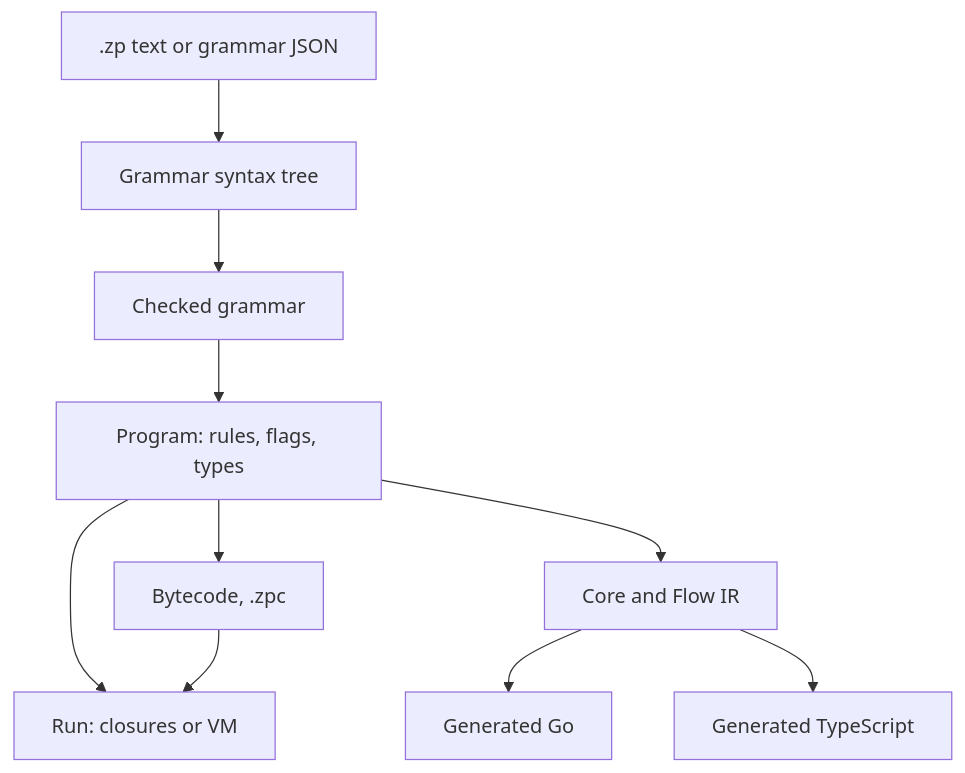
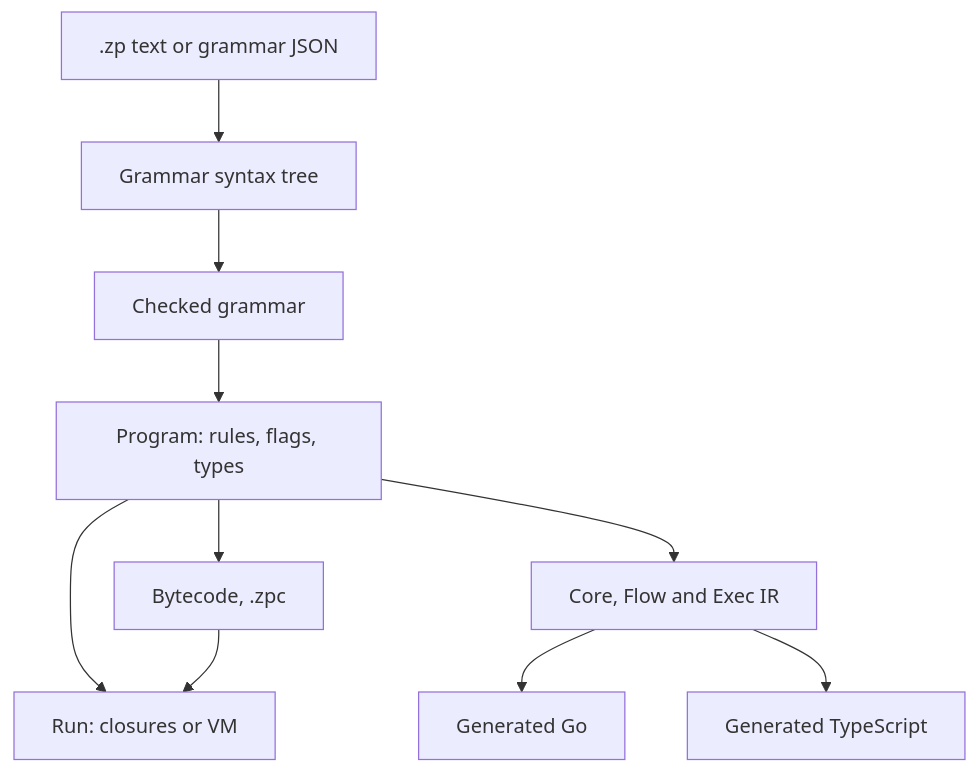
The first of 2 diagrams in docs/design/architecture.md (zeroparse/zp), drawn with Mermaid before and after one commit. The commit also changed other lines of this file and 3 other files, not shown here.

````diff
--- a/docs/design/architecture.md
+++ b/docs/design/architecture.md
@@ -15,12 +15,12 @@
 ```mermaid
 flowchart TD
   src[".zp text or grammar JSON"] --> ast["Grammar syntax tree"]
   ast --> chk["Checked grammar"]
   chk --> prog["Program: rules, flags, types"]
   prog --> run["Run: closures or VM"]
-  prog --> ir["Core and Flow IR"]
+  prog --> ir["Core, Flow and Exec IR"]
   ir --> gen["Generated Go"]
   ir --> ts["Generated TypeScript"]
   prog --> bc["Bytecode, .zpc"]
   bc --> run
 ```
````
